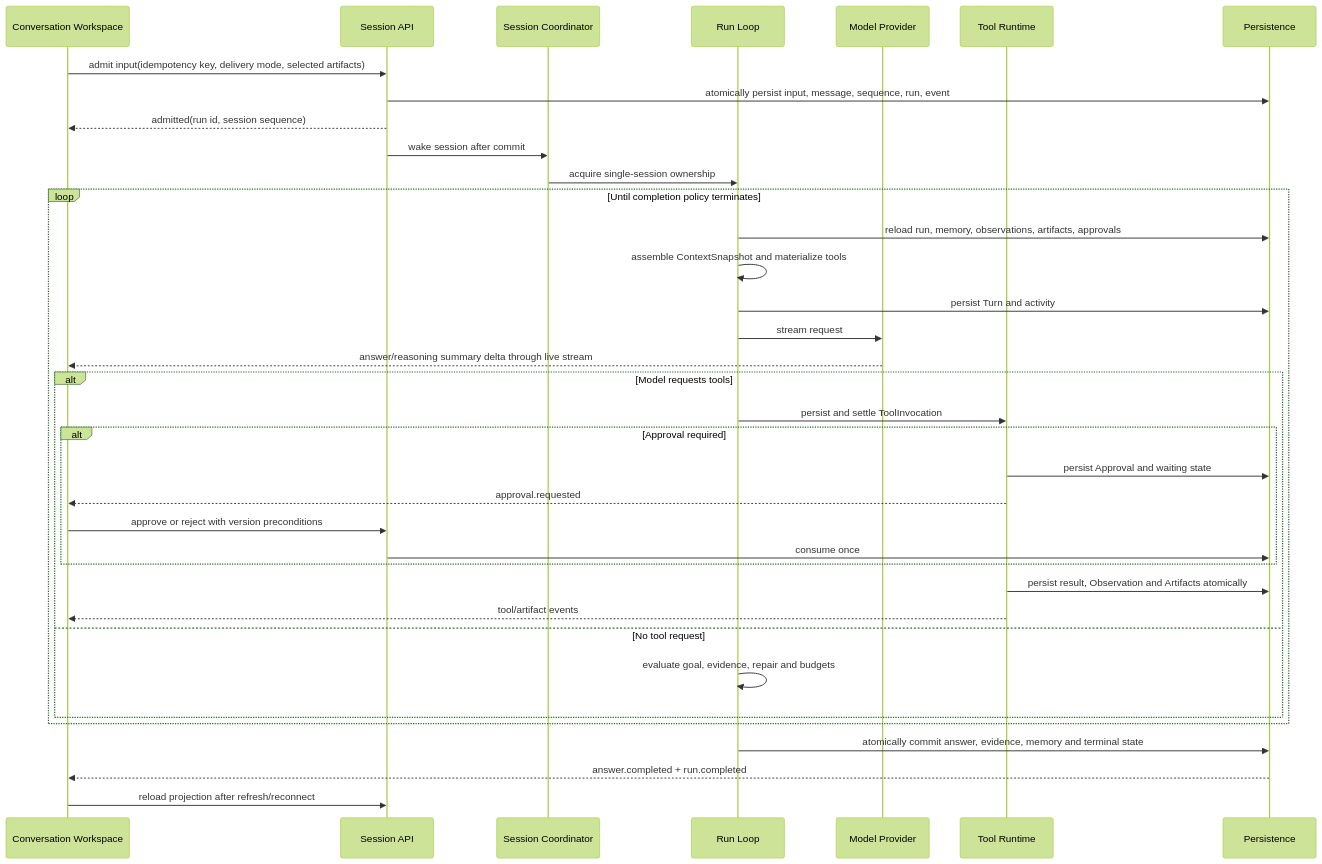
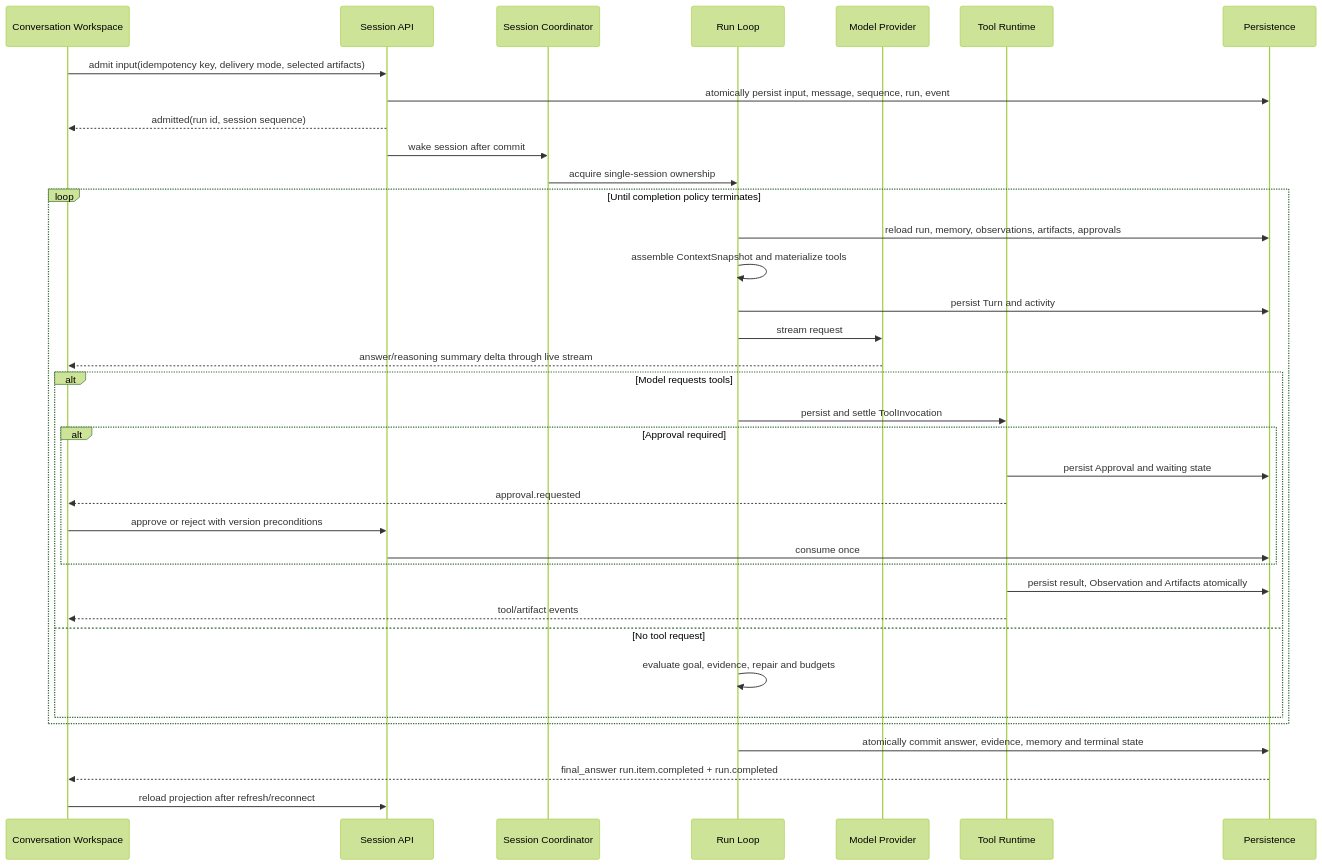
Before and after one commit to trrueee/DBFox: the second of 3 diagrams in docs/designs/agent.md, drawn with Mermaid (forest theme). The commit also changed other lines of this file and 35 other files, not shown here.

Commit message:
chore(desktop): align build quality and architecture docs

````diff
--- a/docs/designs/agent.md
+++ b/docs/designs/agent.md
@@ -109,39 +109,39 @@
 ```mermaid
 sequenceDiagram
     participant UI as Conversation Workspace
     participant API as Session API
     participant SC as Session Coordinator
     participant RL as Run Loop
     participant LM as Model Provider
     participant TR as Tool Runtime
     participant DB as Persistence
 
     UI->>API: admit input(idempotency key, delivery mode, selected artifacts)
     API->>DB: atomically persist input, message, sequence, run, event
     API-->>UI: admitted(run id, session sequence)
     API->>SC: wake session after commit
     SC->>RL: acquire single-session ownership
     loop Until completion policy terminates
         RL->>DB: reload run, memory, observations, artifacts, approvals
         RL->>RL: assemble ContextSnapshot and materialize tools
         RL->>DB: persist Turn and activity
         RL->>LM: stream request
         LM-->>UI: answer/reasoning summary delta through live stream
         alt Model requests tools
             RL->>TR: persist and settle ToolInvocation
             alt Approval required
                 TR->>DB: persist Approval and waiting state
                 TR-->>UI: approval.requested
                 UI->>API: approve or reject with version preconditions
                 API->>DB: consume once
             end
             TR->>DB: persist result, Observation and Artifacts atomically
             TR-->>UI: tool/artifact events
         else No tool request
             RL->>RL: evaluate goal, evidence, repair and budgets
         end
     end
     RL->>DB: atomically commit answer, evidence, memory and terminal state
-    DB-->>UI: answer.completed + run.completed
+    DB-->>UI: final_answer run.item.completed + run.completed
     UI->>API: reload projection after refresh/reconnect
 ```
````
